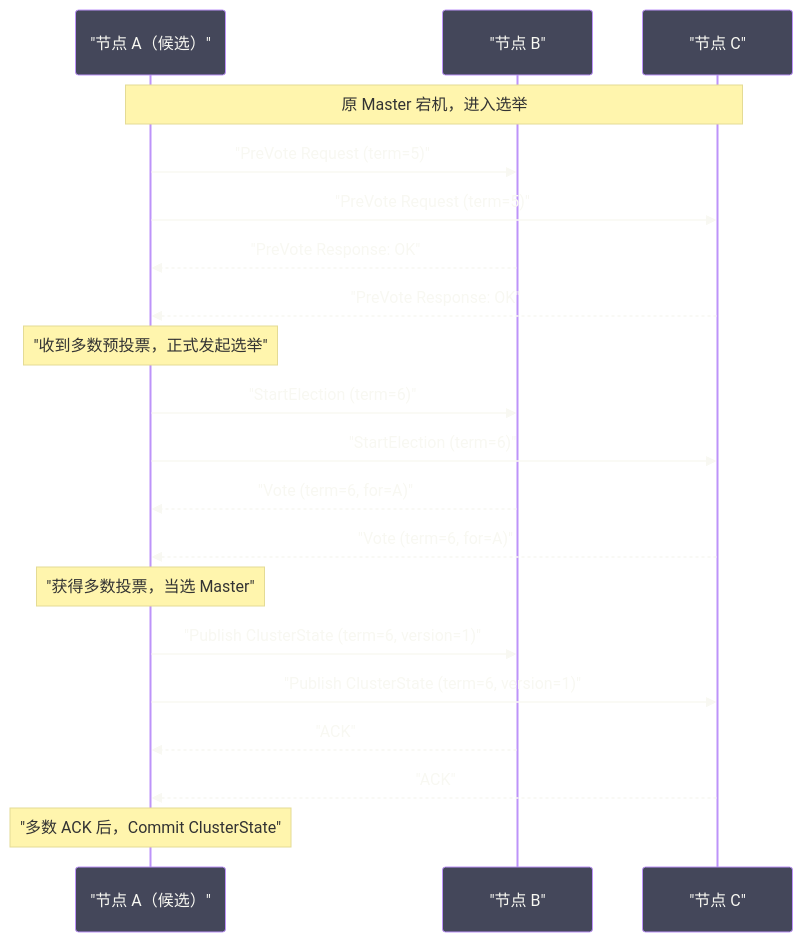
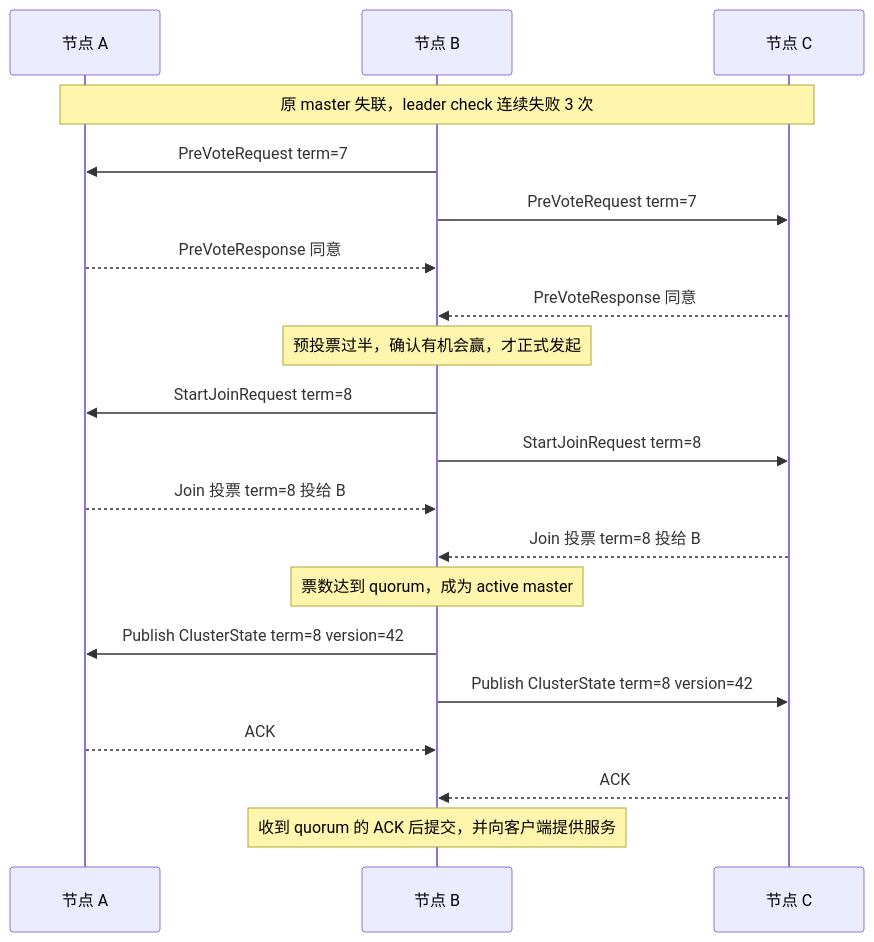
Before and after one commit to hpliStartAgain/my-brain: the third of 5 diagrams in content/中间件/Elasticsearch/06 集群管理——选主、分片分配与脑裂防护.md, drawn with Mermaid. The commit also changed other lines of this file and 455 other files, not shown here.

````diff
--- a/content/中间件/Elasticsearch/06 集群管理——选主、分片分配与脑裂防护.md
+++ b/content/中间件/Elasticsearch/06 集群管理——选主、分片分配与脑裂防护.md
@@ -126,24 +182,23 @@
 ```mermaid
-%%{init: {'theme': 'base', 'themeVariables': {'primaryColor': '#6272a4', 'primaryTextColor': '#f8f8f2', 'primaryBorderColor': '#bd93f9', 'lineColor': '#ff79c6', 'secondaryColor': '#44475a', 'tertiaryColor': '#282a36', 'background': '#282a36', 'mainBkg': '#44475a'}}}%%
+%%{init: {'theme': 'dracula'}}%%
 sequenceDiagram
-    participant A as "节点 A（候选）"
-    participant B as "节点 B"
-    participant C as "节点 C"
-
-    Note over A,C: 原 Master 宕机，进入选举
-    A->>B: "PreVote Request (term=5)"
-    A->>C: "PreVote Request (term=5)"
-    B-->>A: "PreVote Response: OK"
-    C-->>A: "PreVote Response: OK"
-    Note over A: "收到多数预投票，正式发起选举"
-    A->>B: "StartElection (term=6)"
-    A->>C: "StartElection (term=6)"
-    B-->>A: "Vote (term=6, for=A)"
-    C-->>A: "Vote (term=6, for=A)"
-    Note over A: "获得多数投票，当选 Master"
-    A->>B: "Publish ClusterState (term=6, version=1)"
-    A->>C: "Publish ClusterState (term=6, version=1)"
-    B-->>A: "ACK"
-    C-->>A: "ACK"
-    Note over A: "多数 ACK 后，Commit ClusterState"
+    participant N1 as 节点 A
+    participant N2 as 节点 B
+    participant N3 as 节点 C
+    Note over N1,N3: 原 master 失联，leader check 连续失败 3 次
+    N2->>N1: PreVoteRequest term=7
+    N2->>N3: PreVoteRequest term=7
+    N1-->>N2: PreVoteResponse 同意
+    N3-->>N2: PreVoteResponse 同意
+    Note over N2: 预投票过半，确认有机会赢，才正式发起
+    N2->>N1: StartJoinRequest term=8
+    N2->>N3: StartJoinRequest term=8
+    N1-->>N2: Join 投票 term=8 投给 B
+    N3-->>N2: Join 投票 term=8 投给 B
+    Note over N2: 票数达到 quorum，成为 active master
+    N2->>N1: Publish ClusterState term=8 version=42
+    N2->>N3: Publish ClusterState term=8 version=42
+    N1-->>N2: ACK
+    N3-->>N2: ACK
+    Note over N2: 收到 quorum 的 ACK 后提交，并向客户端提供服务
 ```
````
